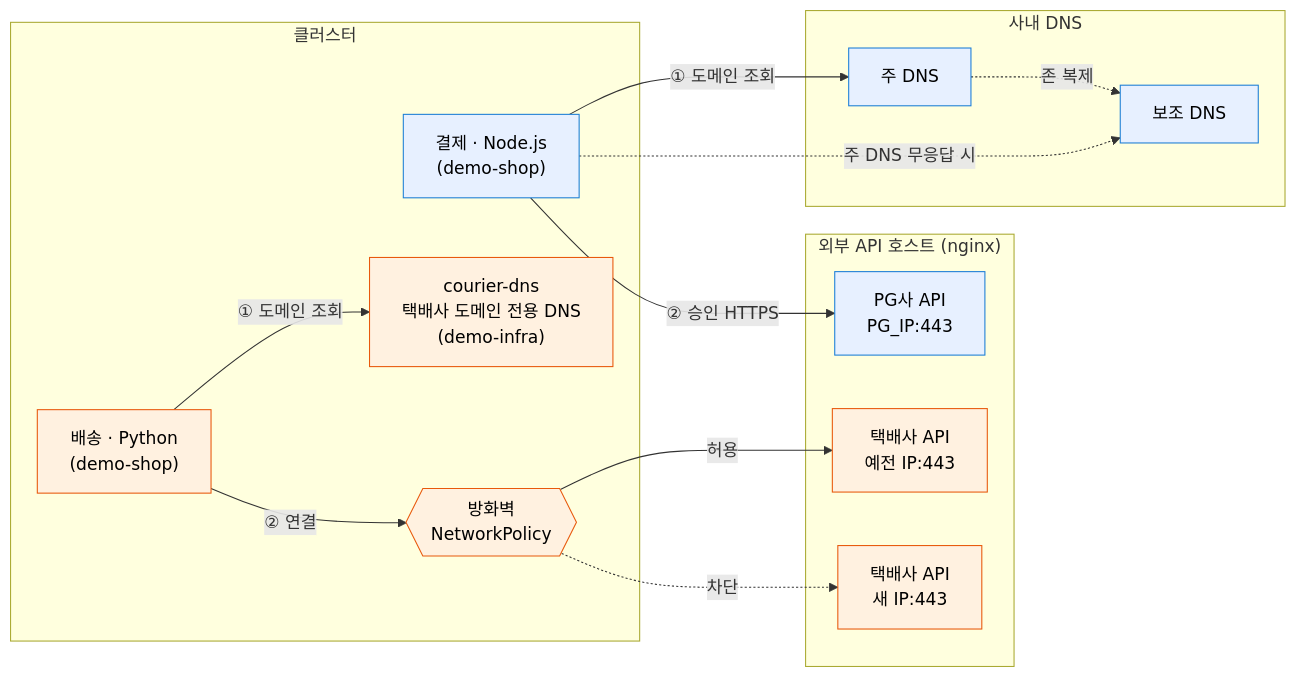
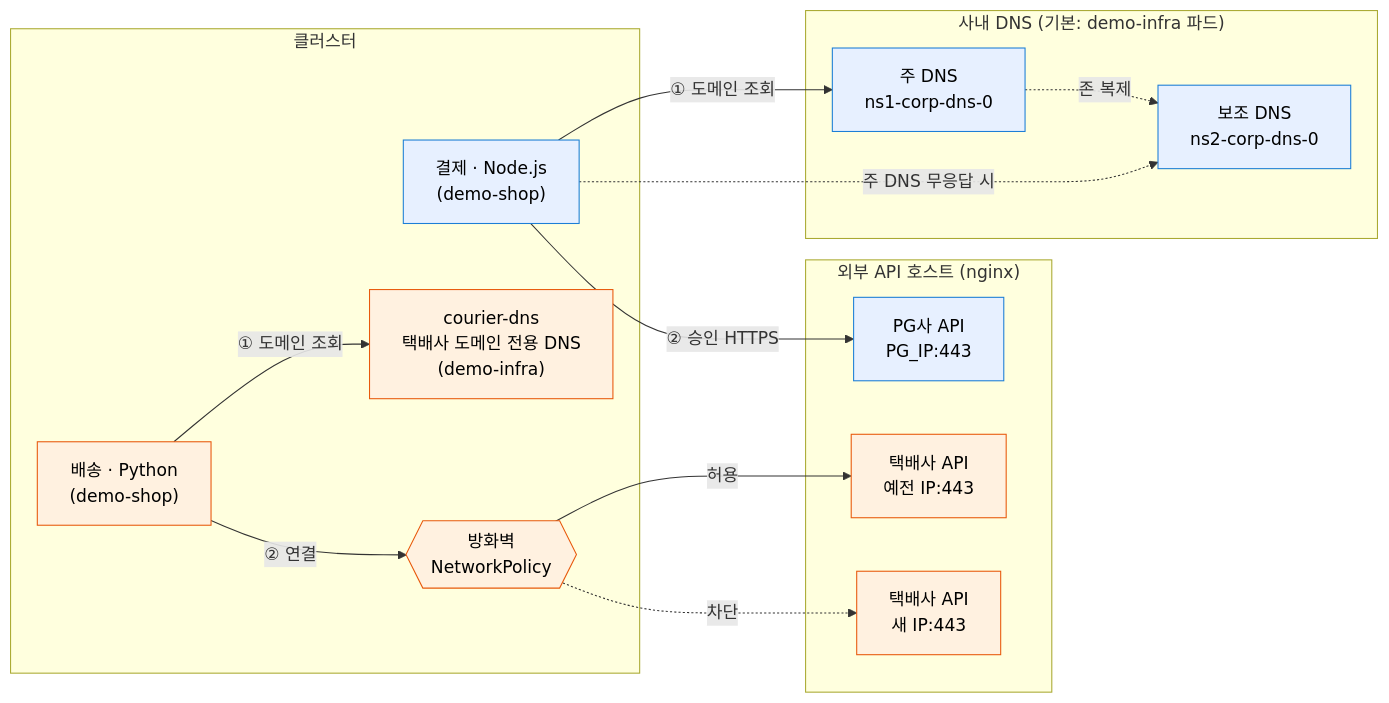
One commit to beomzh/demo-ebpf-shop changed the second of 3 diagrams in README.md. Above: the diagram before and after it, drawn with Mermaid. The commit also changed other lines of this file and 12 other files, not shown here.

First line of the commit message:
Corporate DNS as pods (CORP_DNS_MODE=cluster, default): ns1-corp-dns / ns2-corp-dns

````diff
--- a/README.md
+++ b/README.md
@@ -93,35 +93,35 @@
 ```mermaid
 flowchart LR
   subgraph K["클러스터"]
     DLV["배송 · Python<br/>(demo-shop)"]
     PAY["결제 · Node.js<br/>(demo-shop)"]
     CDNS["courier-dns<br/>택배사 도메인 전용 DNS<br/>(demo-infra)"]
     FW{{"방화벽<br/>NetworkPolicy"}}
   end
 
   subgraph N["외부 API 호스트 (nginx)"]
     COLD["택배사 API<br/>예전 IP:443"]
     CNEW["택배사 API<br/>새 IP:443"]
     PGAPI["PG사 API<br/>PG_IP:443"]
   end
 
-  subgraph C["사내 DNS"]
-    D1["주 DNS"]
-    D2["보조 DNS"]
+  subgraph C["사내 DNS (기본: demo-infra 파드)"]
+    D1["주 DNS<br/>ns1-corp-dns-0"]
+    D2["보조 DNS<br/>ns2-corp-dns-0"]
   end
 
   DLV -->|"① 도메인 조회"| CDNS
   DLV -->|"② 연결"| FW
   FW -->|"허용"| COLD
   FW -.->|"차단"| CNEW
 
   PAY -->|"① 도메인 조회"| D1
   PAY -.->|"주 DNS 무응답 시"| D2
   D1 -.->|"존 복제"| D2
   PAY -->|"② 승인 HTTPS"| PGAPI
 
   classDef courier fill:#fff1e0,stroke:#e8590c,color:#000
   classDef pg fill:#e7f0ff,stroke:#1c7ed6,color:#000
   class DLV,CDNS,FW,COLD,CNEW courier
   class PAY,D1,D2,PGAPI pg
 ```
````
